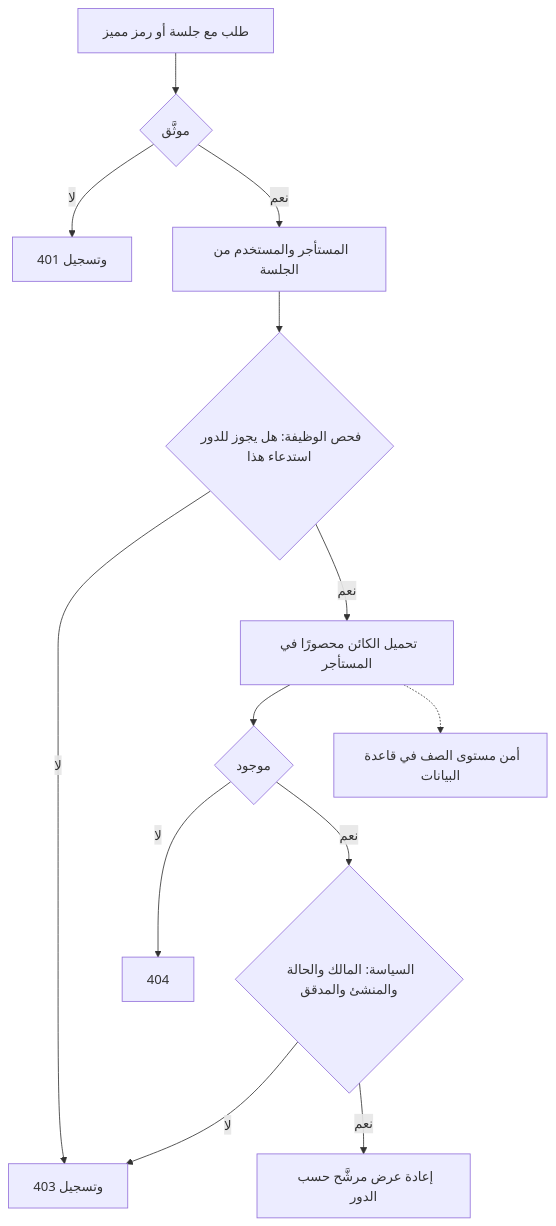
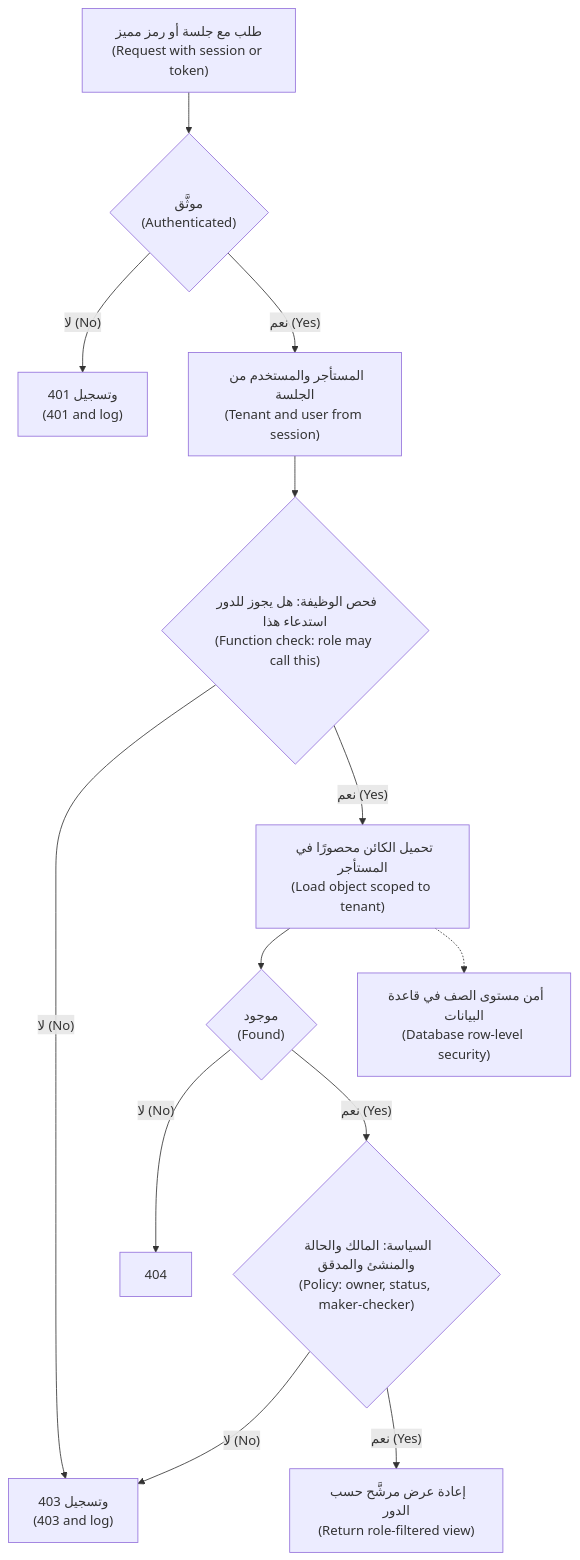
One commit to Tamoura/system-design-for-vibe-coders changed the third of 3 diagrams in secai/modules/03-identity.ar.md. Above: the diagram before and after it, drawn with Mermaid. The commit also changed other lines of this file and 11 other files, not shown here.

First line of the commit message:
Security course: Arabic modules 10–11 reviewed; RTL diagrams with English labels for modules 0–11

````diff
--- a/secai/modules/03-identity.ar.md
+++ b/secai/modules/03-identity.ar.md
@@ -685,15 +685,15 @@
 ```mermaid
 flowchart TD
-    A["طلب مع جلسة أو رمز مميز"] --> B{"موثَّق"}
-    B -->|"لا"| X["401 وتسجيل"]
-    B -->|"نعم"| C["المستأجر والمستخدم من الجلسة"]
-    C --> D{"فحص الوظيفة: هل يجوز للدور استدعاء هذا"}
-    D -->|"لا"| Y["403 وتسجيل"]
-    D -->|"نعم"| E["تحميل الكائن محصورًا في المستأجر"]
-    E --> F{"موجود"}
-    F -->|"لا"| Z["404"]
-    F -->|"نعم"| G{"السياسة: المالك والحالة والمنشئ والمدقق"}
-    G -->|"لا"| Y
-    G -->|"نعم"| H["إعادة عرض مرشَّح حسب الدور"]
-    E -.-> R["أمن مستوى الصف في قاعدة البيانات"]
+    A["طلب مع جلسة أو رمز مميز<br/>(Request with session or token)"] --> B{"موثَّق<br/>(Authenticated)"}
+    B -->|"لا (No)"| X["401 وتسجيل<br/>(401 and log)"]
+    B -->|"نعم (Yes)"| C["المستأجر والمستخدم من الجلسة<br/>(Tenant and user from session)"]
+    C --> D{"فحص الوظيفة: هل يجوز للدور استدعاء هذا<br/>(Function check: role may call this)"}
+    D -->|"لا (No)"| Y["403 وتسجيل<br/>(403 and log)"]
+    D -->|"نعم (Yes)"| E["تحميل الكائن محصورًا في المستأجر<br/>(Load object scoped to tenant)"]
+    E --> F{"موجود<br/>(Found)"}
+    F -->|"لا (No)"| Z["404"]
+    F -->|"نعم (Yes)"| G{"السياسة: المالك والحالة والمنشئ والمدقق<br/>(Policy: owner, status, maker-checker)"}
+    G -->|"لا (No)"| Y
+    G -->|"نعم (Yes)"| H["إعادة عرض مرشَّح حسب الدور<br/>(Return role-filtered view)"]
+    E -.-> R["أمن مستوى الصف في قاعدة البيانات<br/>(Database row-level security)"]
 ```
````
